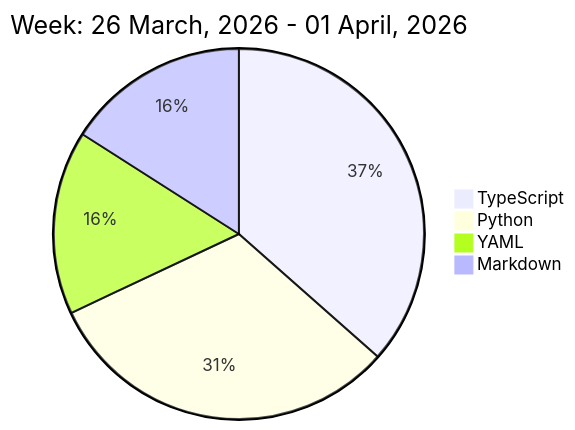
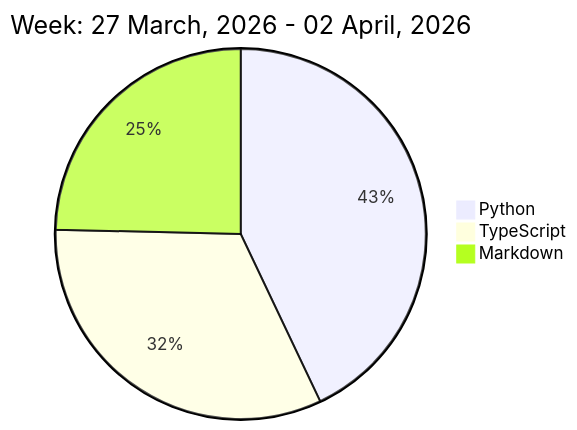
Before and after one commit to liubin95/liubin95: the diagram in README.md, drawn with Mermaid.

Commit message:
Updated the Graph with new Metrics

````diff
--- a/README.md
+++ b/README.md
@@ -32,8 +32,7 @@
 ```mermaid
  pie
-title Week: 26 March, 2026 - 01 April, 2026
- "TypeScript" : 4.85
- "Python" : 4.18
- "YAML" : 2.13
- "Markdown" : 2.12
+title Week: 27 March, 2026 - 02 April, 2026
+ "Python" : 6.33
+ "TypeScript" : 4.78
+ "Markdown" : 3.63
 ```
````
